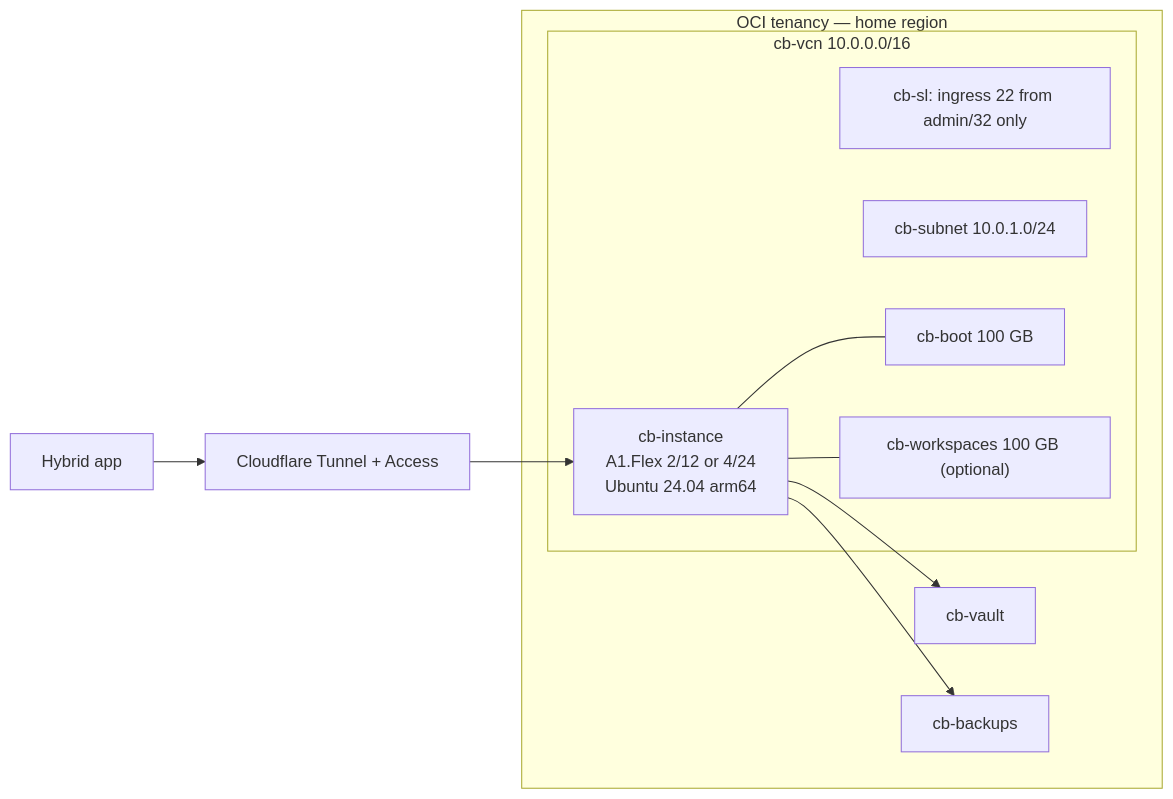
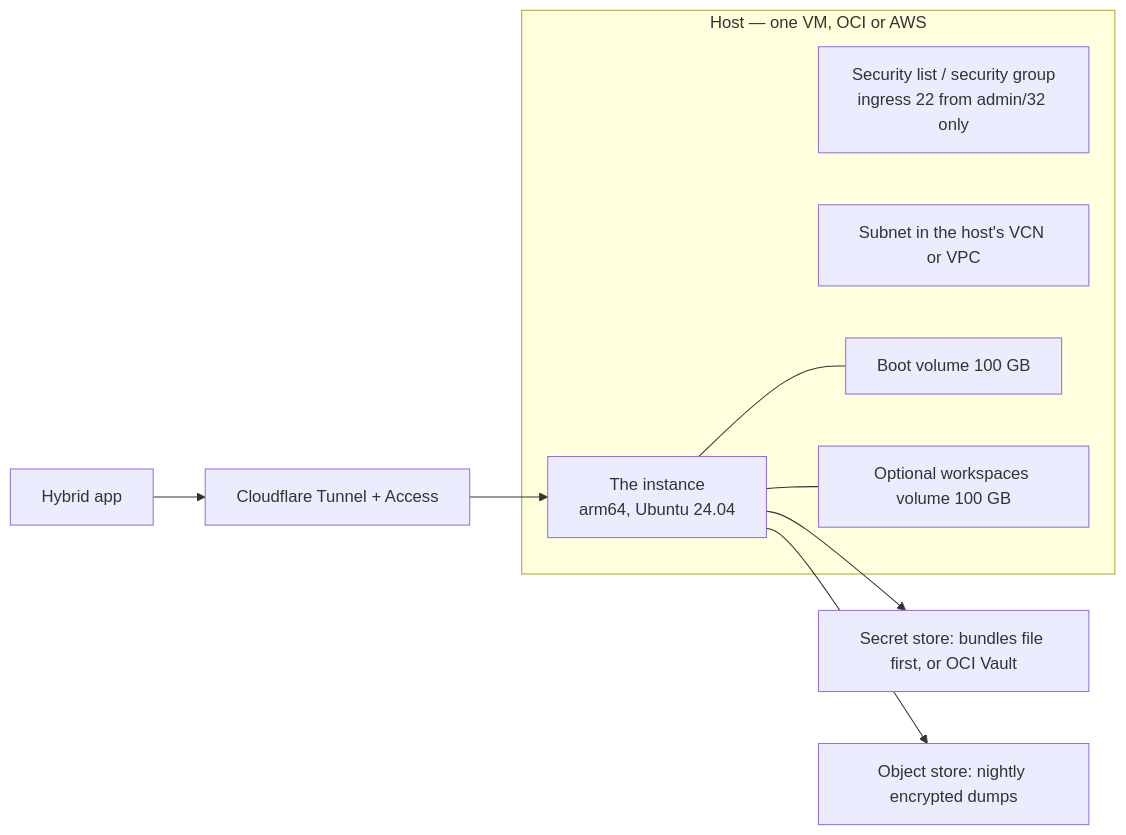
One commit to danihp6/codebox changed the fifth of 5 diagrams in docs/architecture.md. Above: the diagram before and after it, drawn with Mermaid. The commit also changed other lines of this file and 7 other files, not shown here.

````diff
--- a/docs/architecture.md
+++ b/docs/architecture.md
@@ -308,22 +310,20 @@
 ```mermaid
 flowchart LR
-  subgraph OCI["OCI tenancy — home region"]
-    subgraph VCN["cb-vcn 10.0.0.0/16"]
-      SL["cb-sl: ingress 22 from admin/32 only"]
-      SUB["cb-subnet 10.0.1.0/24"]
-      VM["cb-instance<br/>A1.Flex 2/12 or 4/24<br/>Ubuntu 24.04 arm64"]
-      BV["cb-boot 100 GB"]
-      WV["cb-workspaces 100 GB (optional)"]
-    end
-    VLT["cb-vault"]
-    OBJ["cb-backups"]
+  subgraph HOST["Host — one VM, OCI or AWS"]
+    SL["Security list / security group<br/>ingress 22 from admin/32 only"]
+    SUB["Subnet in the host's VCN or VPC"]
+    VM["The instance<br/>arm64, Ubuntu 24.04"]
+    BV["Boot volume 100 GB"]
+    WV["Optional workspaces volume 100 GB"]
   end
+  SEC["Secret store: bundles file first, or OCI Vault"]
+  OBJ["Object store: nightly encrypted dumps"]
   CF["Cloudflare Tunnel + Access"]
   APP["Hybrid app"]
 
   APP --> CF --> VM
-  VM --> VLT
+  VM --> SEC
   VM --> OBJ
   VM --- BV
   VM --- WV
 ```
````
